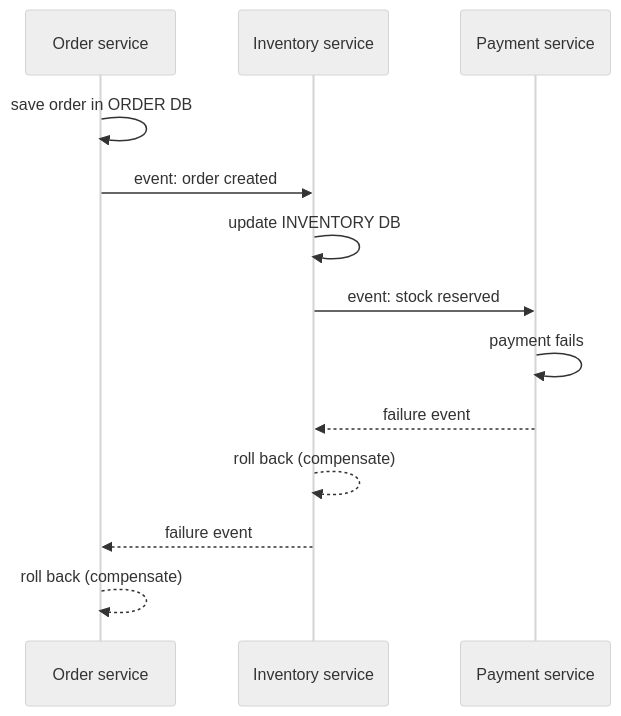
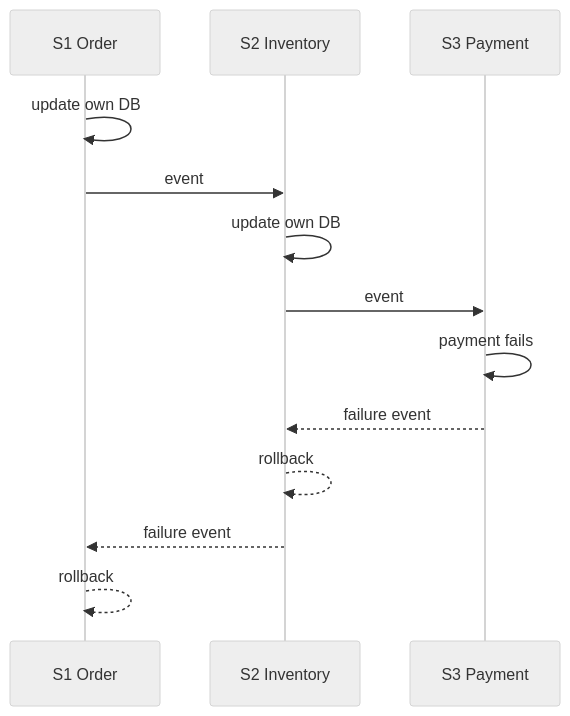
The tenth of 13 diagrams in HLD/03_04_Microservices_Design_Patterns_Notes.md (notnotnithin/System-Design-Notes), drawn with Mermaid (neutral theme) before and after one commit. The commit also changed other lines of this file and 80 other files, not shown here.

````diff
--- a/HLD/03_04_Microservices_Design_Patterns_Notes.md
+++ b/HLD/03_04_Microservices_Design_Patterns_Notes.md
@@ -246,15 +241,15 @@
 ```mermaid
 sequenceDiagram
-  participant O as Order service
-  participant I as Inventory service
-  participant P as Payment service
-  O->>O: save order in ORDER DB
-  O->>I: event: order created
-  I->>I: update INVENTORY DB
-  I->>P: event: stock reserved
-  P->>P: payment fails
-  P-->>I: failure event
-  I-->>I: roll back (compensate)
-  I-->>O: failure event
-  O-->>O: roll back (compensate)
+  participant S1 as S1 Order
+  participant S2 as S2 Inventory
+  participant S3 as S3 Payment
+  S1->>S1: update own DB
+  S1->>S2: event
+  S2->>S2: update own DB
+  S2->>S3: event
+  S3->>S3: payment fails
+  S3-->>S2: failure event
+  S2-->>S2: rollback
+  S2-->>S1: failure event
+  S1-->>S1: rollback
 ```
````
